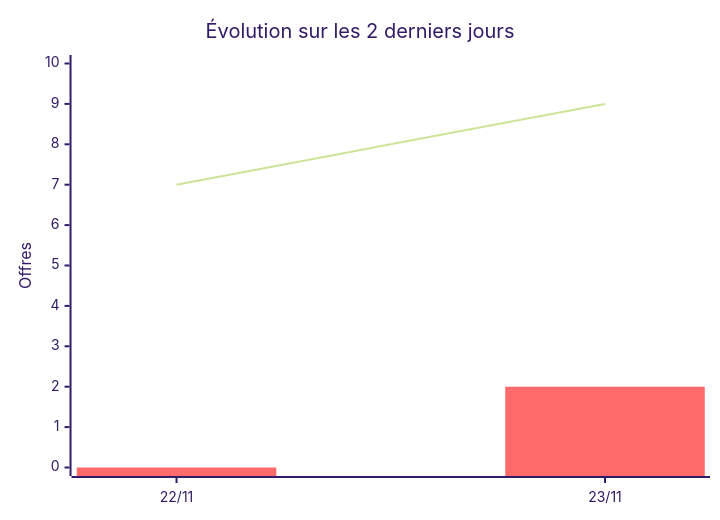
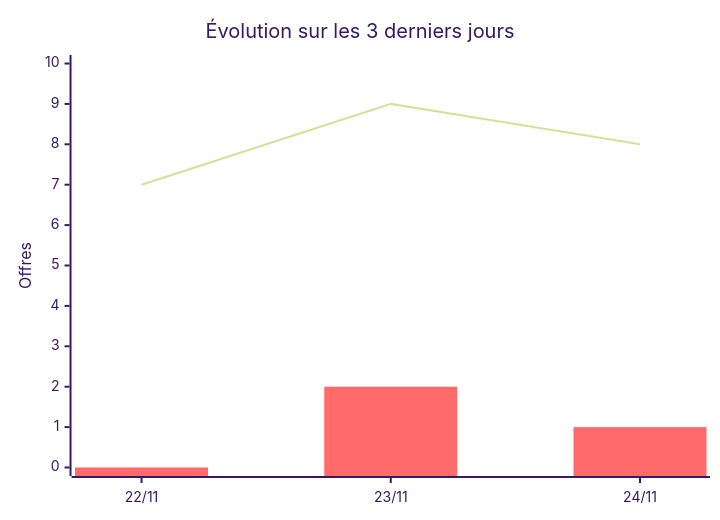
Before and after one commit to Abusooma/offres-tech-africa: the third of 3 diagrams in README.md, drawn with Mermaid (forest theme). The commit also changed other lines of this file and 2 other files, not shown here.

````diff
--- a/README.md
+++ b/README.md
@@ -96,8 +75,8 @@
 ```mermaid
 xychart-beta
-    title "Évolution sur les 2 derniers jours"
-    x-axis ["22/11", "23/11"]
+    title "Évolution sur les 3 derniers jours"
+    x-axis ["22/11", "23/11", "24/11"]
     y-axis "Offres" 0 --> 10
-    line [7, 9]
-    bar [0, 2]
+    line [7, 9, 8]
+    bar [0, 2, 1]
 ```
````
